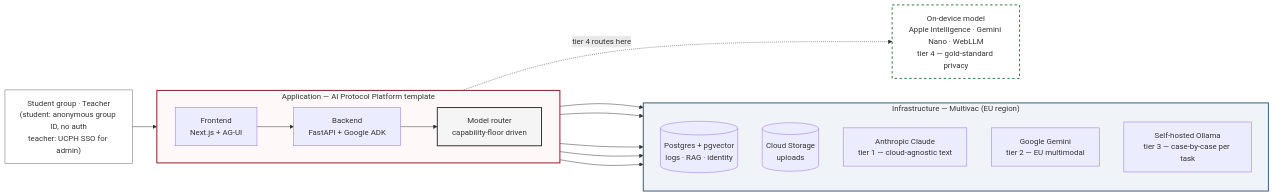
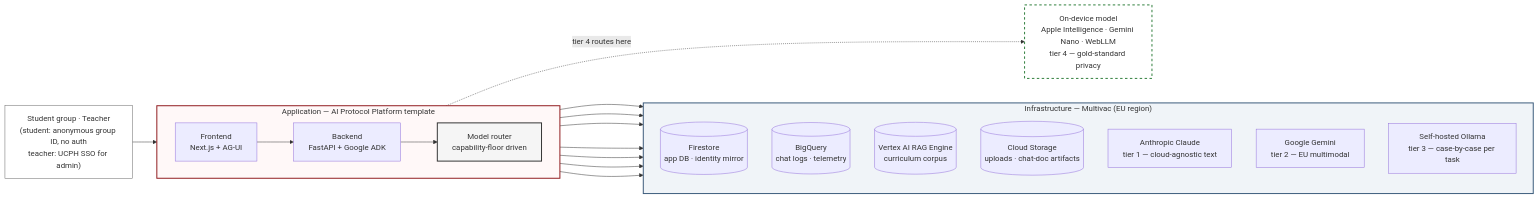
One commit to sunholo-data/aipla changed the fourth of 5 diagrams in architecture.qmd. Above: the diagram before and after it, drawn with Mermaid. The commit also changed other lines of this file and 5 other files, not shown here.

````diff
--- a/architecture.qmd
+++ b/architecture.qmd
@@ -131,37 +131,41 @@
 ```{mermaid}
 flowchart LR
     User["Student group · Teacher<br/>(student: anonymous group ID, no auth<br/>teacher: UCPH SSO for admin)"]
     OnDevice["On-device model<br/>Apple Intelligence · Gemini Nano · WebLLM<br/>tier 4 — gold-standard privacy"]
 
     subgraph Platform["Application — AI Protocol Platform template"]
         direction LR
         Front["Frontend<br/>Next.js + AG-UI"]
         Back["Backend<br/>FastAPI + Google ADK"]
         Router["Model router<br/>capability-floor driven"]
     end
 
     subgraph Multivac["Infrastructure — Multivac (EU region)"]
         direction TB
-        DB[("Postgres + pgvector<br/>logs · RAG · identity")]
-        Storage[("Cloud Storage<br/>uploads")]
+        FS[("Firestore<br/>app DB · identity mirror")]
+        BQ[("BigQuery<br/>chat logs · telemetry")]
+        RAG[("Vertex AI RAG Engine<br/>curriculum corpus")]
+        Storage[("Cloud Storage<br/>uploads · chat-doc artifacts")]
         Claude["Anthropic Claude<br/>tier 1 — cloud-agnostic text"]
         Gemini["Google Gemini<br/>tier 2 — EU multimodal"]
         Ollama["Self-hosted Ollama<br/>tier 3 — case-by-case per task"]
     end
 
     User --> Front
     Front -.tier 4 routes here.-> OnDevice
     Front --> Back
-    Back --> DB
+    Back --> FS
+    Back --> BQ
+    Back --> RAG
     Back --> Storage
     Back --> Router
     Router --> Claude
     Router --> Gemini
     Router --> Ollama
 
     style User fill:#fff,stroke:#666
     style OnDevice fill:#fff,stroke:#2d7d3a,stroke-width:2px,stroke-dasharray:5
     style Platform fill:#fff8f8,stroke:#901a1e,stroke-width:2px
     style Multivac fill:#f0f4f8,stroke:#3a5a7a,stroke-width:2px
     style Router fill:#f5f5f5,stroke:#333,stroke-width:2px
 ```
````
